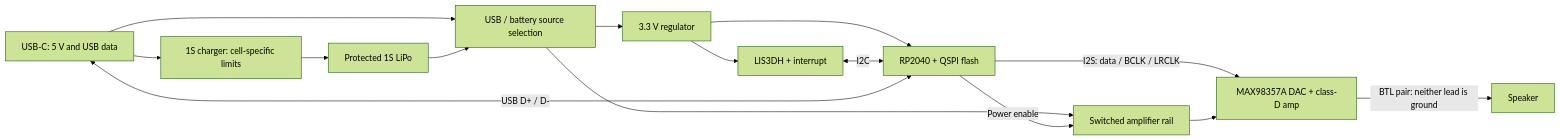
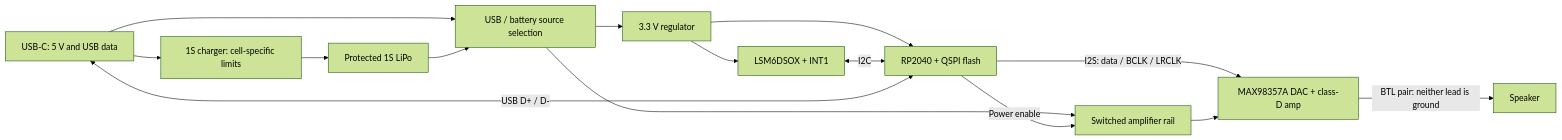
One commit to dcuccia/digital-handbell changed the diagram in docs/architecture.md. Above: the diagram before and after it, drawn with Mermaid (forest theme). The commit also changed other lines of this file and 63 other files, not shown here.

First line of the commit message:
Integrate LSM6DSOX schematic and resolve reference ERC

````diff
--- a/docs/architecture.md
+++ b/docs/architecture.md
@@ -9,17 +11,17 @@
 ```mermaid
 flowchart LR
     USB[USB-C: 5 V and USB data] --> SEL[USB / battery source selection]
     USB --> CHG[1S charger: cell-specific limits]
     CHG --> BAT[Protected 1S LiPo]
     BAT --> SEL
     SEL --> LDO[3.3 V regulator]
     LDO --> MCU[RP2040 + QSPI flash]
-    LDO --> ACC[LIS3DH + interrupt]
+    LDO --> ACC[LSM6DSOX + INT1]
     ACC <-->|I2C| MCU
     USB <-->|USB D+ / D-| MCU
     SEL --> SW[Switched amplifier rail]
     MCU -->|Power enable| SW
     MCU -->|I2S: data / BCLK / LRCLK| AMP[MAX98357A DAC + class-D amp]
     SW --> AMP
     AMP -->|BTL pair: neither lead is ground| SPK[Speaker]
 ```
````
